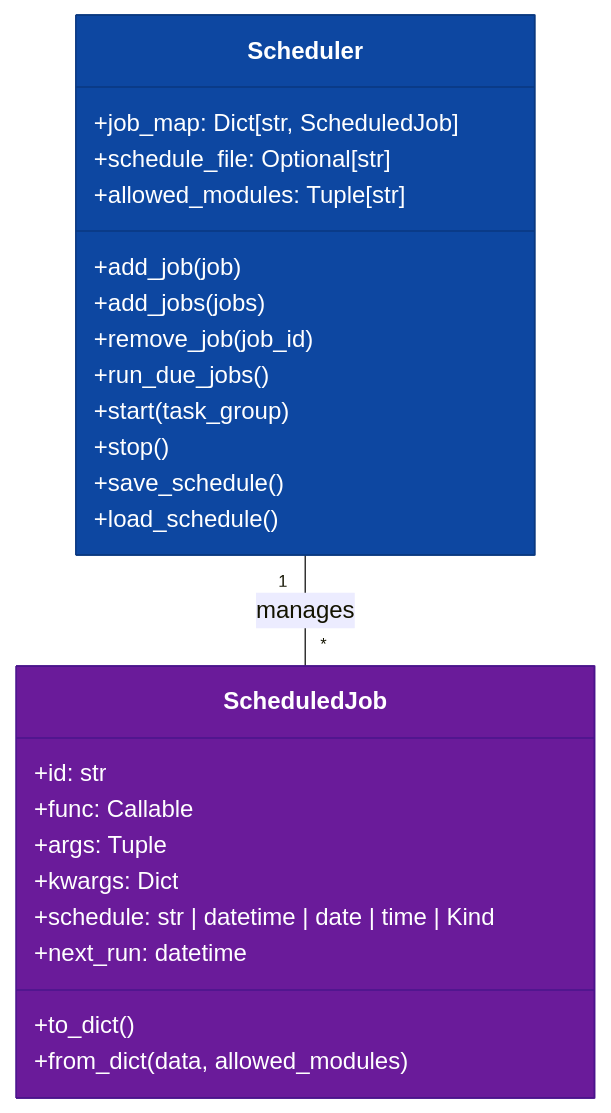
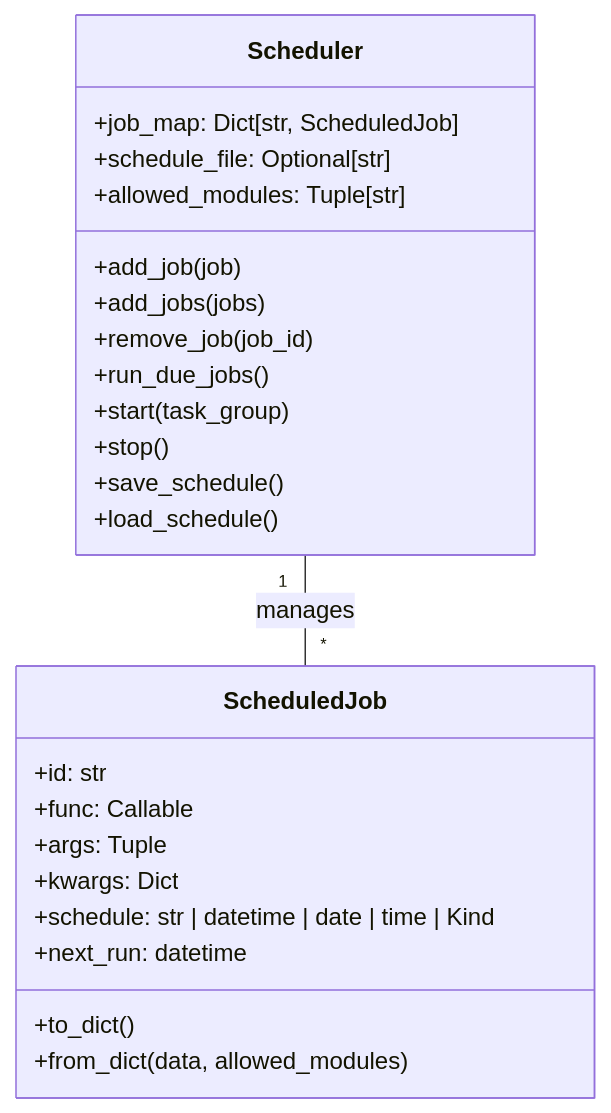
Before and after one commit to ikko/kind: the second of 2 diagrams in scheduler/docs/cookbook_scheduling_jobs.md, drawn with Mermaid. The commit also changed other lines of this file and 99 other files, not shown here.

````diff
--- a/scheduler/docs/cookbook_scheduling_jobs.md
+++ b/scheduler/docs/cookbook_scheduling_jobs.md
@@ -238,30 +216,28 @@
 ```mermaid
 classDiagram
     class ScheduledJob {
         +id: str
         +func: Callable
         +args: Tuple
         +kwargs: Dict
         +schedule: str | datetime | date | time | Kind
         +next_run: datetime
         +to_dict()
         +from_dict(data, allowed_modules)
     }
     class Scheduler {
         +job_map: Dict[str, ScheduledJob]
         +schedule_file: Optional[str]
         +allowed_modules: Tuple[str]
         +add_job(job)
         +add_jobs(jobs)
         +remove_job(job_id)
         +run_due_jobs()
         +start(task_group)
         +stop()
         +save_schedule()
         +load_schedule()
     }
     Scheduler "1" -- "*" ScheduledJob : manages
 
-    style ScheduledJob fill:#6A1B9A,stroke:#4A148C,color:white
-    style Scheduler fill:#0D47A1,stroke:#0A3880,color:white
 ```
````
